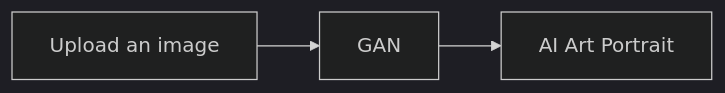
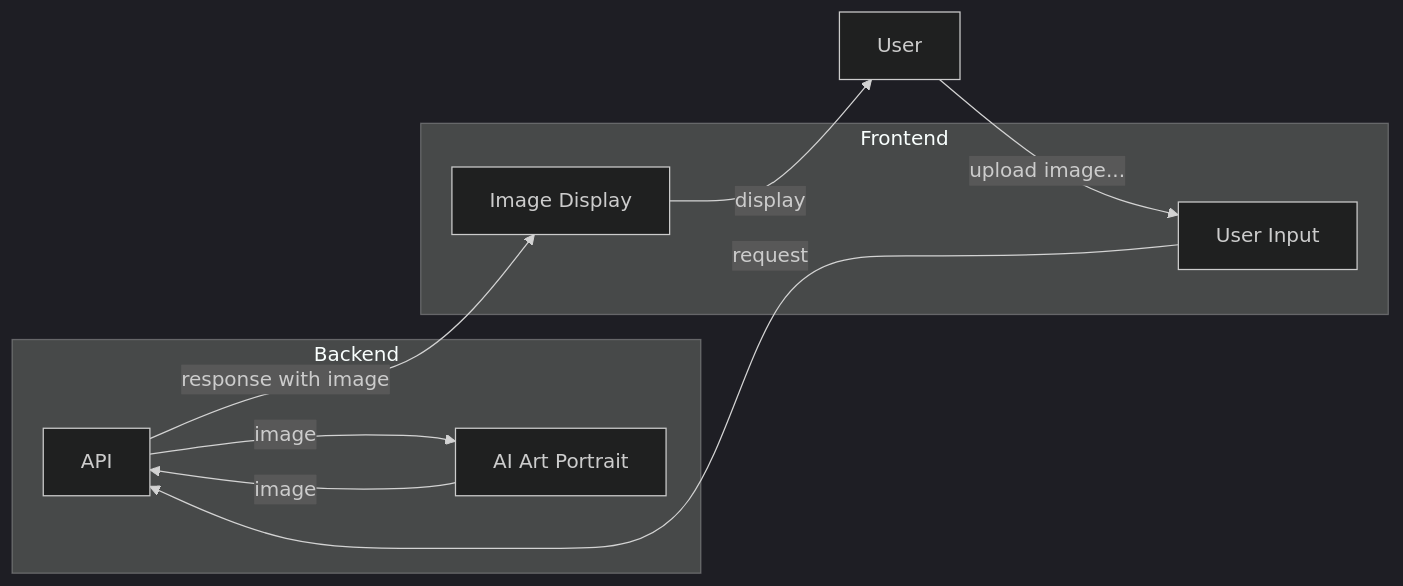
Before and after one commit to rainforest-tools/2023-summer-fullstack-workshop: the diagram in fastapi/pages/ai-art-portrait.md, drawn with Mermaid (dark theme). The commit also changed other lines of this file and 6 other files, not shown here.

````diff
--- a/fastapi/pages/ai-art-portrait.md
+++ b/fastapi/pages/ai-art-portrait.md
@@ -3,5 +5,15 @@
 ```mermaid
 graph LR
-  Upload[Upload an image] --> GAN
-  GAN --> Portrait[AI Art Portrait]
+  subgraph Backend
+    API --image--> AI[AI Art Portrait]
+    AI --image--> API
+  end
+  subgraph Frontend
+    Input[User Input]
+    Image[Image Display]
+  end
+  Input --request--> API
+  API --response with image--> Image
+  User --"upload image..."--> Input
+  Image --display--> User
 ```
````
